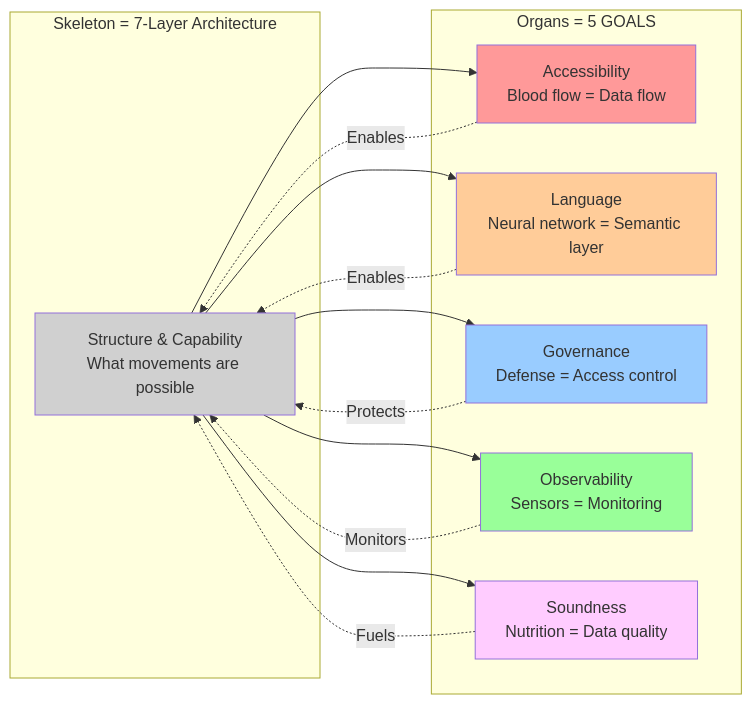
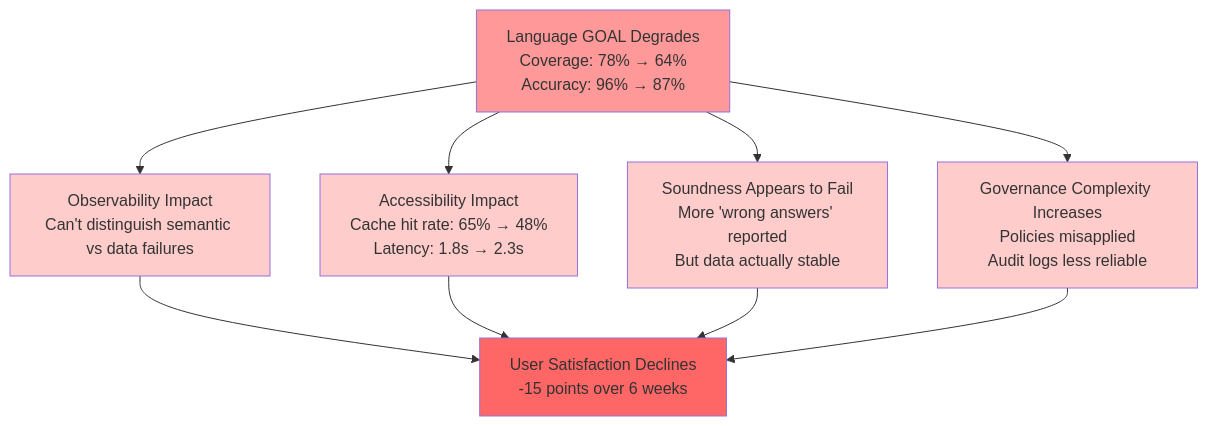
One commit to colaberry/enterprise-data-readiness-ai-agents changed the second of 3 diagrams in chapter-02/chapter_2_complete.md. Above: the diagram before and after it, drawn with Mermaid. The commit also changed other lines of this file and 4 other files, not shown here.

````diff
--- a/chapter-02/chapter_2_complete.md
+++ b/chapter-02/chapter_2_complete.md
@@ -153,33 +815,19 @@
 ```mermaid
-graph LR
-    subgraph "Skeleton = 7-Layer Architecture"
-        Bones[Structure & Capability<br/>What movements are possible]
-    end
+graph TD
+    A[Language GOAL Degrades<br/>Coverage: 78% → 64%<br/>Accuracy: 96% → 87%] --> B[Observability Impact<br/>Can't distinguish semantic vs data failures]
+    A --> C[Accessibility Impact<br/>Cache hit rate: 65% → 48%<br/>Latency: 1.8s → 2.3s]
+    A --> D[Soundness Appears to Fail<br/>More 'wrong answers' reported<br/>But data actually stable]
+    A --> E[Governance Complexity Increases<br/>Policies misapplied<br/>Audit logs less reliable]
     
-    subgraph "Organs = 5 GOALS"
-        Heart[Accessibility<br/>Blood flow = Data flow]
-        Brain[Language<br/>Neural network = Semantic layer]
-        Immune[Governance<br/>Defense = Access control]
-        Nervous[Observability<br/>Sensors = Monitoring]
-        Digestive[Soundness<br/>Nutrition = Data quality]
-    end
+    B --> F[User Satisfaction Declines<br/>-15 points over 6 weeks]
+    C --> F
+    D --> F
+    E --> F
     
-    Bones --> Heart
-    Bones --> Brain
-    Bones --> Immune
-    Bones --> Nervous
-    Bones --> Digestive
-    
-    Heart -.-> |Enables| Bones
-    Brain -.-> |Enables| Bones
-    Immune -.-> |Protects| Bones
-    Nervous -.-> |Monitors| Bones
-    Digestive -.-> |Fuels| Bones
-    
-    style Bones fill:#d0d0d0
-    style Heart fill:#ff9999
-    style Brain fill:#ffcc99
-    style Immune fill:#99ccff
-    style Nervous fill:#99ff99
-    style Digestive fill:#ffccff
+    style A fill:#ff9999
+    style B fill:#ffcccc
+    style C fill:#ffcccc
+    style D fill:#ffcccc
+    style E fill:#ffcccc
+    style F fill:#ff6666
 ```
````
